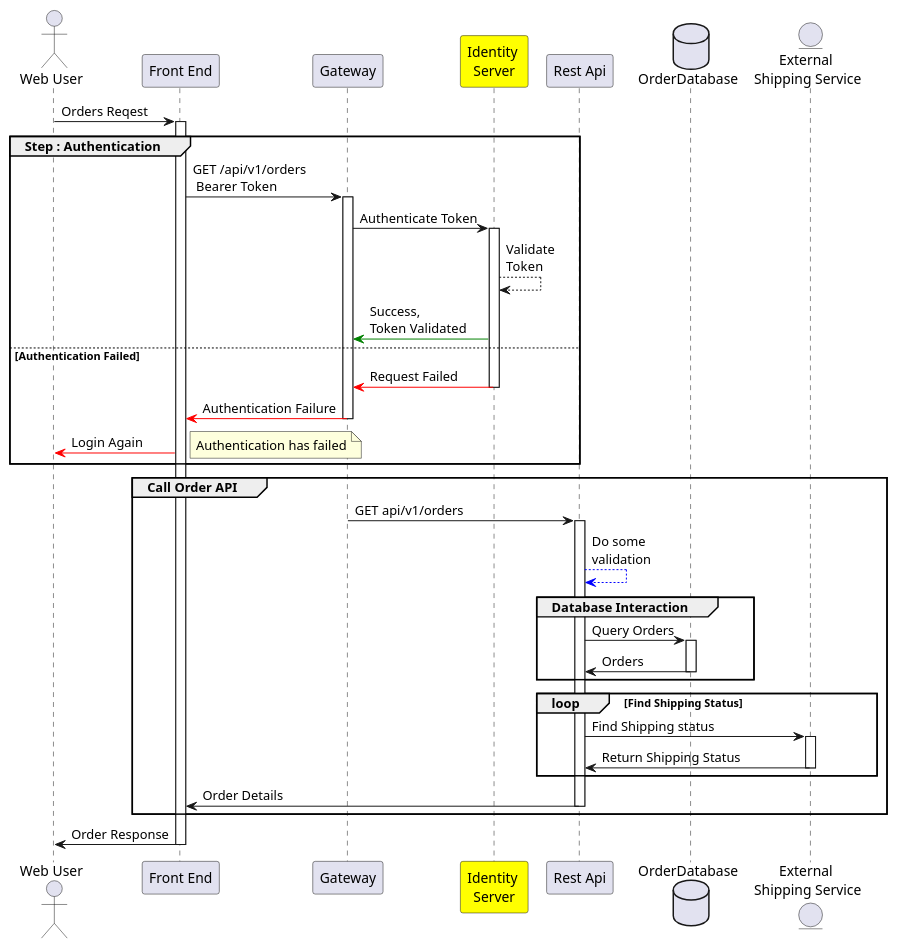
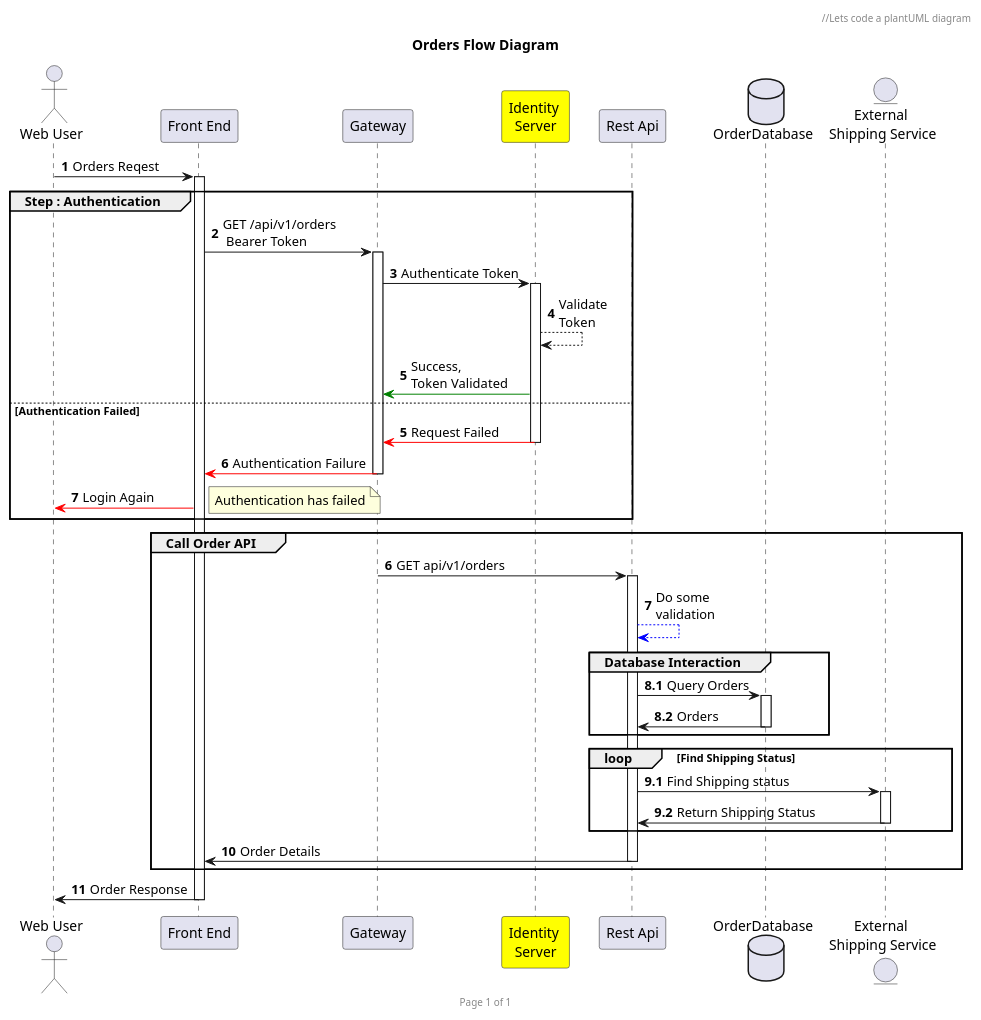
One commit to dip1683/plantUML1 changed the diagram in diag1.wsd. Above: the diagram before and after it, drawn with PlantUML. The commit also changed 1 other file, not shown here.

```diff
--- a/diag1.wsd
+++ b/diag1.wsd
@@ -1,51 +1,60 @@
 @startuml my simple order request 
+
+header //Lets code a plantUML diagram
+footer Page %page% of %lastpage%
+title "Orders Flow Diagram"
 
 actor "Web User" as WebUser
 participant "Front End" as Portal 
 participant Gateway
 participant "Identity \nServer" as IDServer #Yellow
 participant "Rest Api" as RestApi
 database OrderDatabase 
 entity "External \nShipping Service" as ExternalShippingService
 
-
+autonumber
 WebUser -> Portal ++ : Orders Reqest
 group Step : Authentication
     Portal -> Gateway ++ : GET /api/v1/orders\n Bearer Token
     Gateway -> IDServer ++ : Authenticate Token 
     IDServer --> IDServer : Validate \nToken
     IDServer -[#Green]> Gateway : Success, \nToken Validated
     
     
 else Authentication Failed
+    autonumber 5
     IDServer -[#Red]> Gateway -- : Request Failed
     Gateway -[#Red]> Portal -- : Authentication Failure
     Portal -[#Red]> WebUser : Login Again
     note right : Authentication has failed
 
 end
 
+autonumber 6
 group Call Order API
     Gateway -> RestApi ++: GET api/v1/orders
     RestApi --[#Blue]> RestApi : Do some \nvalidation
     
     group Database Interaction
+        autonumber 8.1
         RestApi -> OrderDatabase ++: Query Orders
         OrderDatabase -> RestApi --: Orders
     end
 
     'loop
+    autonumber inc
     loop Find Shipping Status 
         RestApi -> ExternalShippingService ++ : Find Shipping status
         ExternalShippingService ->RestApi -- : Return Shipping Status
     end
 
+    autonumber 10
     RestApi -> Portal --: Order Details
 
 
 end
 
 Portal -> WebUser -- : Order Response
  
 
 @enduml
```
